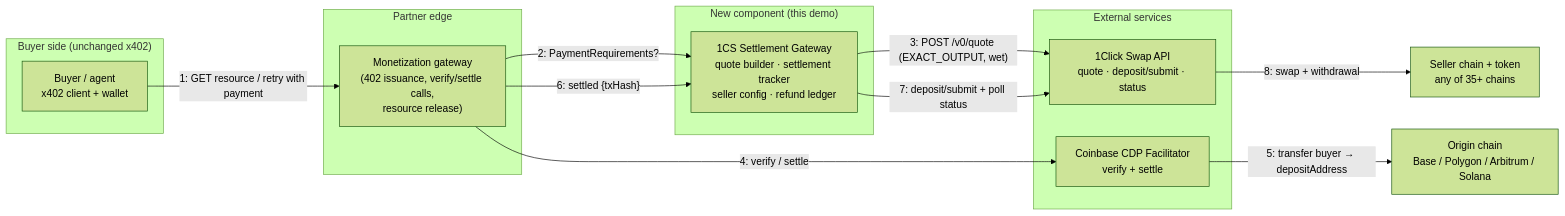
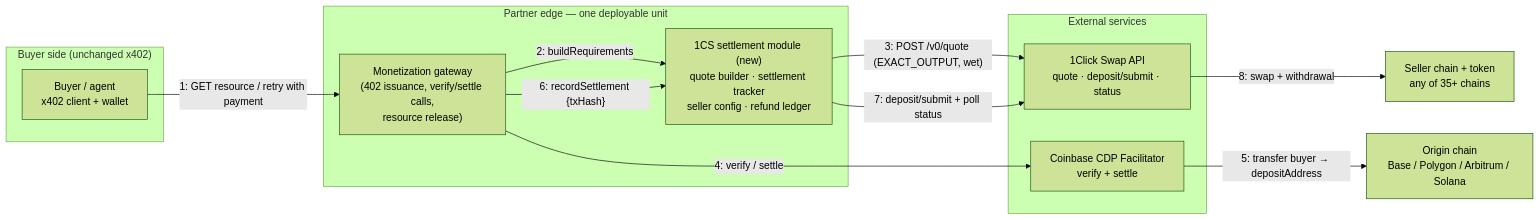
The first of 2 diagrams in CF_demo_desing.md (IkerAlus/x402_CF_gateway), drawn with Mermaid (forest theme) before and after one commit. The commit also changed other lines of this file, not shown here.

````diff
--- a/CF_demo_desing.md
+++ b/CF_demo_desing.md
@@ -37,31 +36,28 @@
 ```mermaid
 flowchart LR
     subgraph buyer_side ["Buyer side (unchanged x402)"]
         B["Buyer / agent<br/>x402 client + wallet"]
     end
 
-    subgraph pe ["Partner edge"]
+    subgraph pe ["Partner edge — one deployable unit"]
         MG["Monetization gateway<br/>(402 issuance, verify/settle calls,<br/>resource release)"]
-    end
-
-    subgraph new ["New component (this demo)"]
-        GW["1CS Settlement Gateway<br/>quote builder · settlement tracker<br/>seller config · refund ledger"]
+        GW["1CS settlement module (new)<br/>quote builder · settlement tracker<br/>seller config · refund ledger"]
     end
 
     subgraph ext ["External services"]
         FAC["Coinbase CDP Facilitator<br/>verify + settle"]
         ONE["1Click Swap API<br/>quote · deposit/submit · status"]
     end
 
     ORIG["Origin chain<br/>Base / Polygon / Arbitrum / Solana"]
     DEST["Seller chain + token<br/>any of 35+ chains"]
 
     B -- "1: GET resource / retry with payment" --> MG
-    MG -- "2: PaymentRequirements?" --> GW
+    MG -- "2: buildRequirements" --> GW
     GW -- "3: POST /v0/quote (EXACT_OUTPUT, wet)" --> ONE
     MG -- "4: verify / settle" --> FAC
     FAC -- "5: transfer buyer → depositAddress" --> ORIG
-    MG -- "6: settled {txHash}" --> GW
+    MG -- "6: recordSettlement {txHash}" --> GW
     GW -- "7: deposit/submit + poll status" --> ONE
     ONE -- "8: swap + withdrawal" --> DEST
 ```
````
